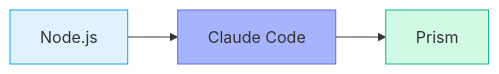
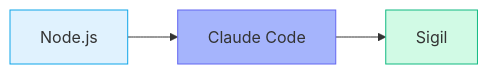
The diagram in README.md (araserel/sigil-os), drawn with Mermaid before and after one commit. The commit also changed other lines of this file and 189 other files, not shown here.

First line of the commit message:
rebrand: Complete Prism OS → Sigil OS rename across all files

````diff
--- a/README.md
+++ b/README.md
@@ -13,8 +17,8 @@
 ```mermaid
 flowchart LR
-    A[Node.js] --> B[Claude Code] --> C[Prism]
+    A[Node.js] --> B[Claude Code] --> C[Sigil]
 
     style A fill:#e0f2fe,stroke:#0ea5e9
     style B fill:#a5b4fc,stroke:#6366f1
     style C fill:#d1fae5,stroke:#10b981
 ```
````
